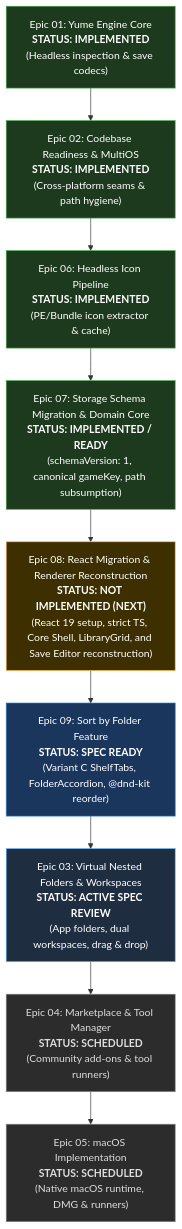
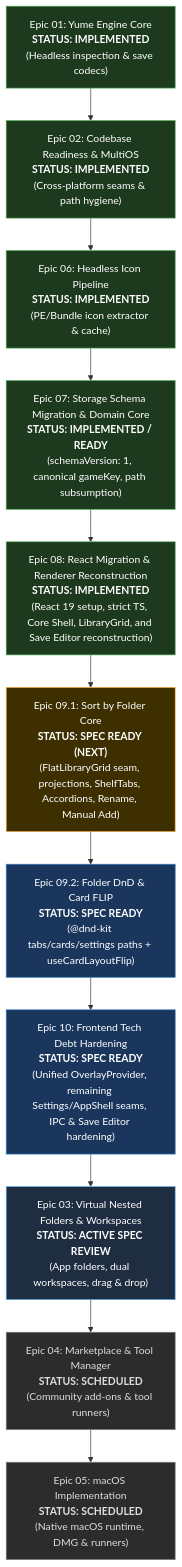
The diagram in docs/specs/README.md (loerei/YumeShelf), drawn with Mermaid before and after one commit. The commit also changed other lines of this file and 27 other files, not shown here.

````diff
--- a/docs/specs/README.md
+++ b/docs/specs/README.md
@@ -11,24 +11,26 @@
 ```mermaid
 flowchart TD
     E01["Epic 01: Yume Engine Core<br/><b>STATUS: IMPLEMENTED</b><br/>(Headless inspection & save codecs)"]
     --> E02["Epic 02: Codebase Readiness & MultiOS<br/><b>STATUS: IMPLEMENTED</b><br/>(Cross-platform seams & path hygiene)"]
     --> E06["Epic 06: Headless Icon Pipeline<br/><b>STATUS: IMPLEMENTED</b><br/>(PE/Bundle icon extractor & cache)"]
     --> E07["Epic 07: Storage Schema Migration & Domain Core<br/><b>STATUS: IMPLEMENTED / READY</b><br/>(schemaVersion: 1, canonical gameKey, path subsumption)"]
-    --> E08["Epic 08: React Migration & Renderer Reconstruction<br/><b>STATUS: NOT IMPLEMENTED (NEXT)</b><br/>(React 19 setup, strict TS, Core Shell, LibraryGrid, and Save Editor reconstruction)"]
-    --> E09["Epic 09: Sort by Folder Feature<br/><b>STATUS: SPEC READY</b><br/>(Variant C ShelfTabs, FolderAccordion, @dnd-kit reorder)"]
+    --> E08["Epic 08: React Migration & Renderer Reconstruction<br/><b>STATUS: IMPLEMENTED</b><br/>(React 19 setup, strict TS, Core Shell, LibraryGrid, and Save Editor reconstruction)"]
+    --> E09.1["Epic 09.1: Sort by Folder Core<br/><b>STATUS: SPEC READY (NEXT)</b><br/>(FlatLibraryGrid seam, projections, ShelfTabs, Accordions, Rename, Manual Add)"]
+    --> E09.2["Epic 09.2: Folder DnD & Card FLIP<br/><b>STATUS: SPEC READY</b><br/>(@dnd-kit tabs/cards/settings paths + useCardLayoutFlip)"]
+    --> E10["Epic 10: Frontend Tech Debt Hardening<br/><b>STATUS: SPEC READY</b><br/>(Unified OverlayProvider, remaining Settings/AppShell seams, IPC & Save Editor hardening)"]
     --> E03["Epic 03: Virtual Nested Folders & Workspaces<br/><b>STATUS: ACTIVE SPEC REVIEW</b><br/>(App folders, dual workspaces, drag & drop)"]
     --> E04["Epic 04: Marketplace & Tool Manager<br/><b>STATUS: SCHEDULED</b><br/>(Community add-ons & tool runners)"]
     --> E05["Epic 05: macOS Implementation<br/><b>STATUS: SCHEDULED</b><br/>(Native macOS runtime, DMG & runners)"]
 
     classDef implemented fill:#1e3a1e,stroke:#4caf50,color:#fff;
     classDef next fill:#3d2f00,stroke:#ffb74d,color:#fff;
     classDef reviewing fill:#1e2d40,stroke:#64b5f6,color:#fff;
     classDef scheduled fill:#2c2c2c,stroke:#888,color:#ddd;
     classDef ready fill:#1a365d,stroke:#3182ce,color:#fff;
 
-    class E01,E02,E06,E07 implemented;
-    class E08 next;
-    class E09 ready;
+    class E01,E02,E06,E07,E08 implemented;
+    class E09.1 next;
+    class E09.2,E10 ready;
     class E03 reviewing;
     class E04,E05 scheduled;
 ```
````
